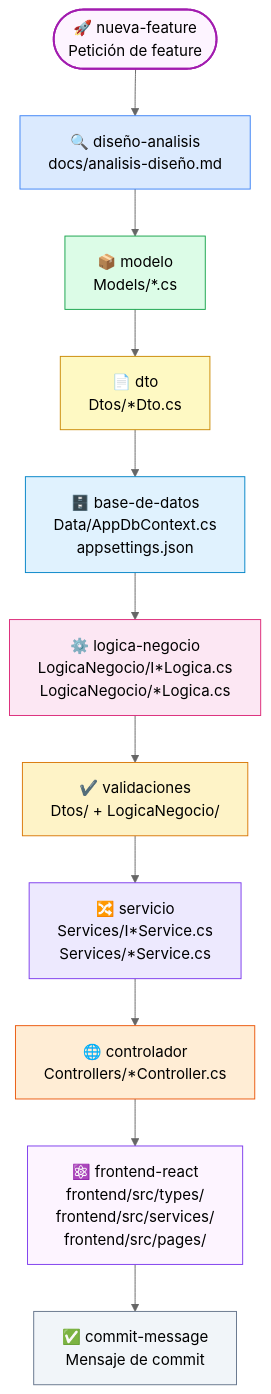
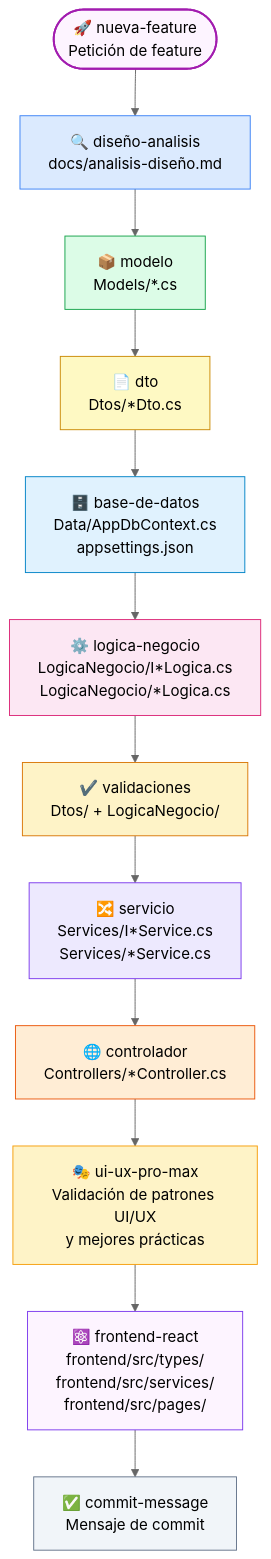
The first of 6 diagrams in docs/skills-orquestacion.md (hispafox/DemoCopilot), drawn with Mermaid (neutral theme) before and after one commit. The commit also changed other lines of this file and 7 other files, not shown here.

First line of the commit message:
feat(skills): integrar ui-ux-pro-max en flujo de desarrollo frontend

````diff
--- a/docs/skills-orquestacion.md
+++ b/docs/skills-orquestacion.md
@@ -29,38 +30,42 @@
 ```mermaid
 flowchart TD
     NF(["🚀 nueva-feature\nPetición de feature"])
 
     DA["🔍 diseño-analisis\ndocs/analisis-diseño.md"]
     M["📦 modelo\nModels/*.cs"]
     DTO["📄 dto\nDtos/*Dto.cs"]
     BD["🗄️ base-de-datos\nData/AppDbContext.cs\nappsettings.json"]
     LN["⚙️ logica-negocio\nLogicaNegocio/I*Logica.cs\nLogicaNegocio/*Logica.cs"]
     VA["✔️ validaciones\nDtos/ + LogicaNegocio/"]
     SV["🔀 servicio\nServices/I*Service.cs\nServices/*Service.cs"]
     CT["🌐 controlador\nControllers/*Controller.cs"]
     FR["⚛️ frontend-react\nfrontend/src/types/\nfrontend/src/services/\nfrontend/src/pages/"]
     CM["✅ commit-message\nMensaje de commit"]
 
     NF --> DA
     DA --> M
     M --> DTO
     DTO --> BD
     BD --> LN
     LN --> VA
     VA --> SV
     SV --> CT
-    CT --> FR
+    CT --> UX
+    UX --> FR
     FR --> CM
+
+    UX["🎭 ui-ux-pro-max\nValidación de patrones UI/UX\ny mejores prácticas"]
 
     style NF fill:#fdf4ff,stroke:#a21caf,stroke-width:2px
     style DA fill:#dbeafe,stroke:#3b82f6
     style M  fill:#dcfce7,stroke:#16a34a
     style DTO fill:#fef9c3,stroke:#ca8a04
     style BD fill:#e0f2fe,stroke:#0284c7
     style LN fill:#fce7f3,stroke:#db2777
     style VA fill:#fef3c7,stroke:#d97706
     style SV fill:#ede9fe,stroke:#7c3aed
     style CT fill:#ffedd5,stroke:#ea580c
+    style UX fill:#fef3c7,stroke:#f59e0b
     style FR fill:#fdf4ff,stroke:#7c3aed
     style CM fill:#f1f5f9,stroke:#64748b
 ```
````
